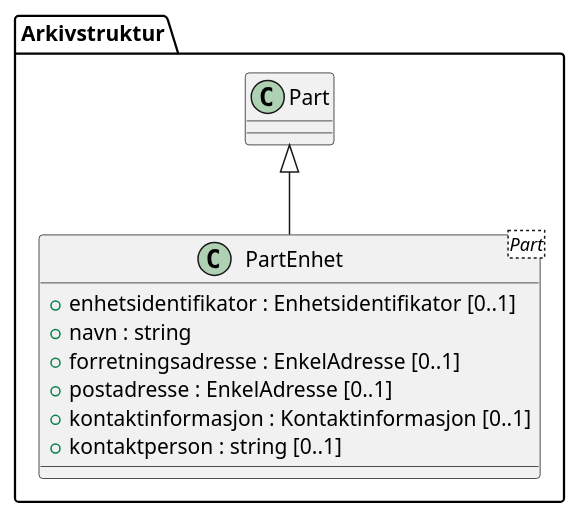
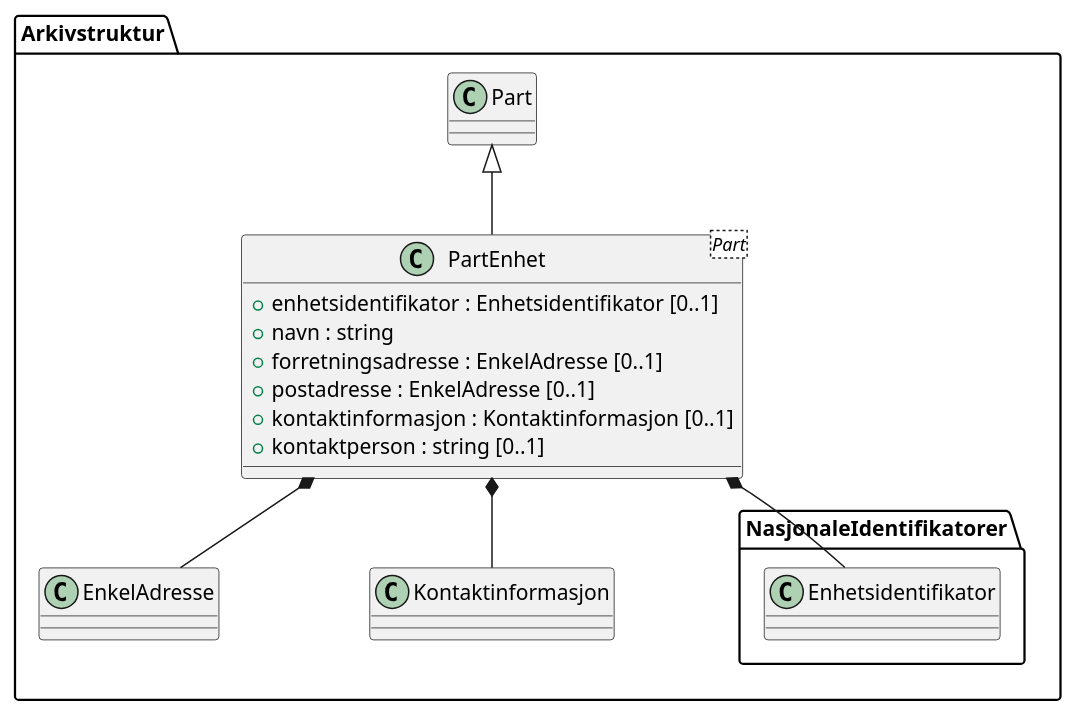
The diagram in kapitler/media/uml-class-partenhet.puml (arkivverket/noark5-tjenestegrensesnitt-standard), drawn with PlantUML before and after one commit. The commit also changed 12 other files, not shown here.

Commit message:
Oppdater UML-diagram med relasjon til innbakte entiteter.

```diff
--- a/kapitler/media/uml-class-partenhet.puml
+++ b/kapitler/media/uml-class-partenhet.puml
@@ -1,12 +1,15 @@
 @startuml
 skinparam nodesep 100
 class Arkivstruktur.PartEnhet <Part> {
   +enhetsidentifikator : Enhetsidentifikator [0..1]
   +navn : string
   +forretningsadresse : EnkelAdresse [0..1]
   +postadresse : EnkelAdresse [0..1]
   +kontaktinformasjon : Kontaktinformasjon [0..1]
   +kontaktperson : string [0..1]
 }
 Arkivstruktur.Part <|-- Arkivstruktur.PartEnhet
+Arkivstruktur.PartEnhet *-- Arkivstruktur.NasjonaleIdentifikatorer.Enhetsidentifikator
+Arkivstruktur.PartEnhet *-- Arkivstruktur.EnkelAdresse
+Arkivstruktur.PartEnhet *-- Arkivstruktur.Kontaktinformasjon
 @enduml
```
